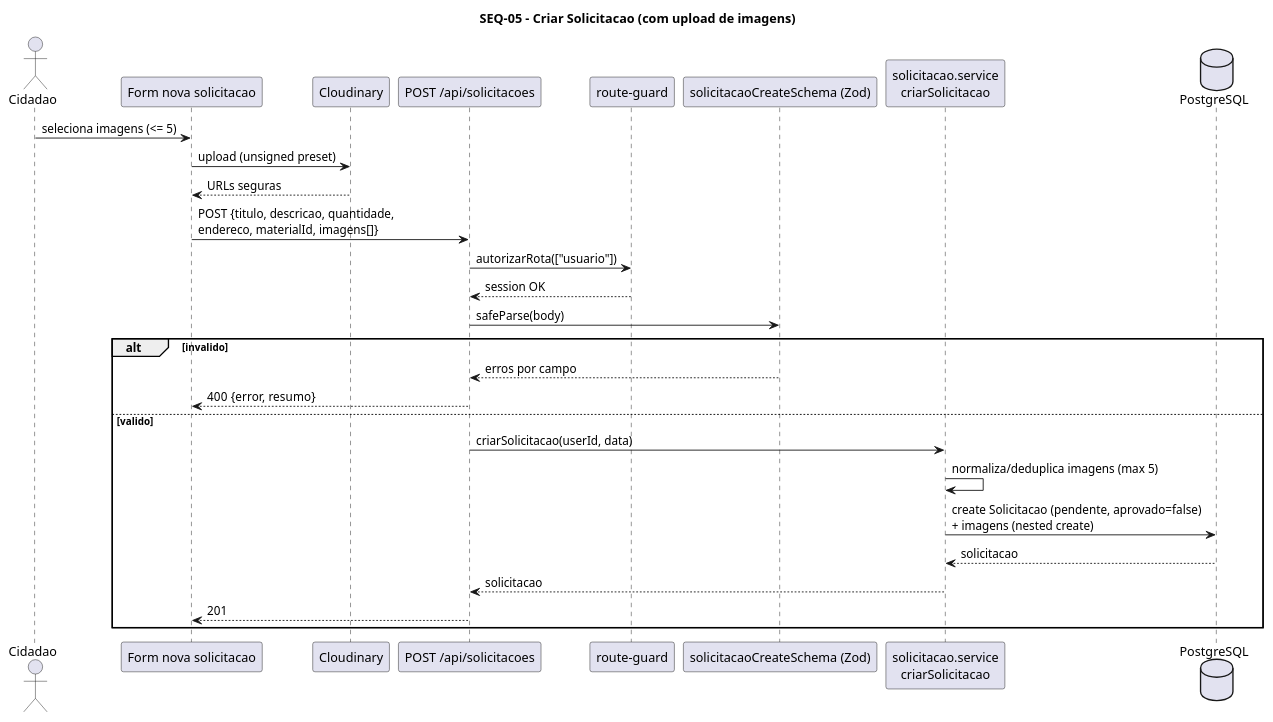
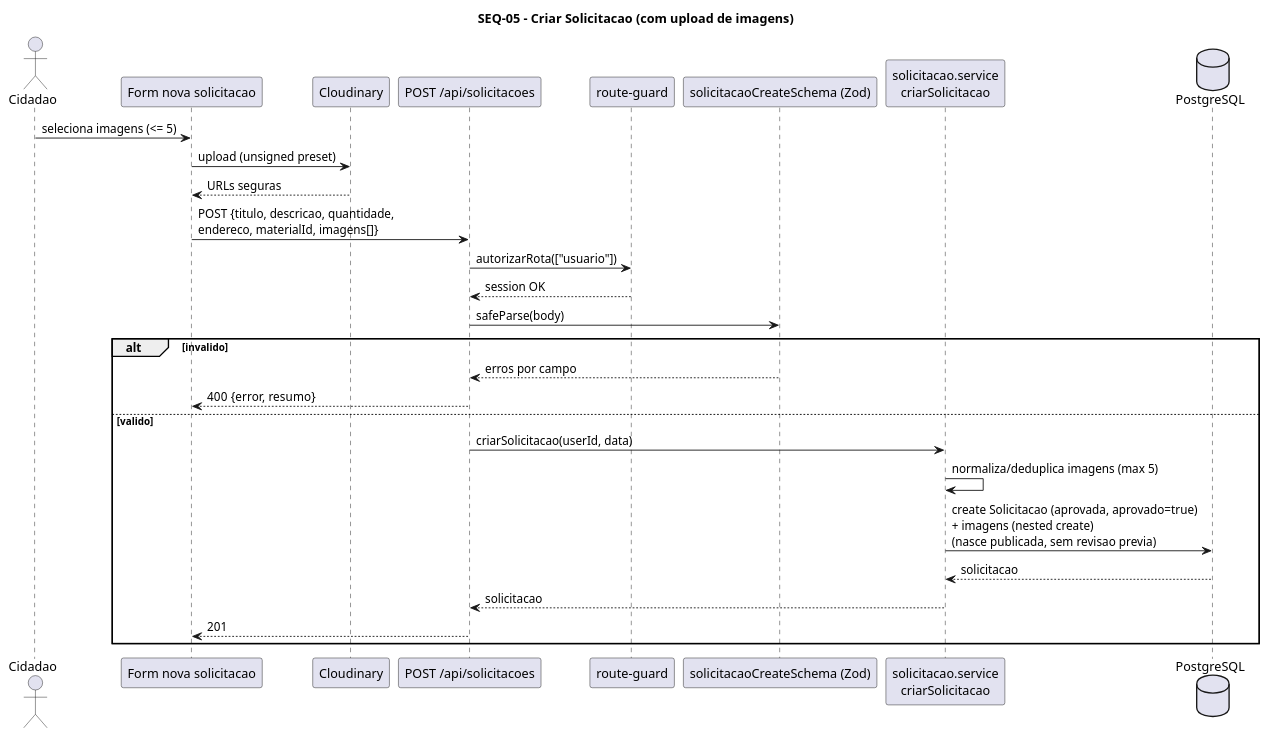
One commit to lononeiro/olx-ecologico changed the diagram in uml/4-sequencia/SEQ-05-criar-solicitacao.puml. Above: the diagram before and after it, drawn with PlantUML. The commit also changed 53 other files, not shown here.

First line of the commit message:
docs(uml): revisao dos diagramas e sincronizacao docs/ com uml/

```diff
--- a/uml/4-sequencia/SEQ-05-criar-solicitacao.puml
+++ b/uml/4-sequencia/SEQ-05-criar-solicitacao.puml
@@ -1,30 +1,30 @@
 @startuml SEQ-05-criar-solicitacao
 title SEQ-05 - Criar Solicitacao (com upload de imagens)
 actor Cidadao
 participant "Form nova solicitacao" as UI
 participant "Cloudinary" as CL
 participant "POST /api/solicitacoes" as EP
 participant "route-guard" as RG
 participant "solicitacaoCreateSchema (Zod)" as Z
 participant "solicitacao.service\ncriarSolicitacao" as SVC
 database PostgreSQL as DB
 
 Cidadao -> UI : seleciona imagens (<= 5)
 UI -> CL : upload (unsigned preset)
 CL --> UI : URLs seguras
 UI -> EP : POST {titulo, descricao, quantidade,\nendereco, materialId, imagens[]}
 EP -> RG : autorizarRota(["usuario"])
 RG --> EP : session OK
 EP -> Z : safeParse(body)
 alt invalido
   Z --> EP : erros por campo
   EP --> UI : 400 {error, resumo}
 else valido
   EP -> SVC : criarSolicitacao(userId, data)
   SVC -> SVC : normaliza/deduplica imagens (max 5)
-  SVC -> DB : create Solicitacao (pendente, aprovado=false)\n+ imagens (nested create)
+  SVC -> DB : create Solicitacao (aprovada, aprovado=true)\n+ imagens (nested create)\n(nasce publicada, sem revisao previa)
   DB --> SVC : solicitacao
   SVC --> EP : solicitacao
   EP --> UI : 201
 end
 @enduml
```
